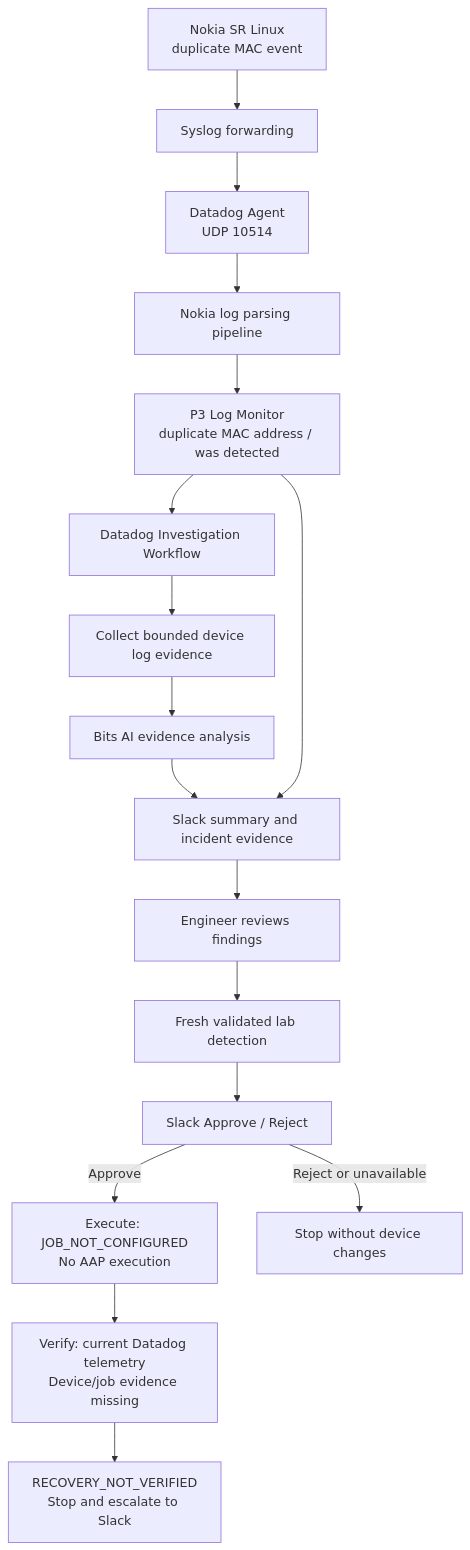
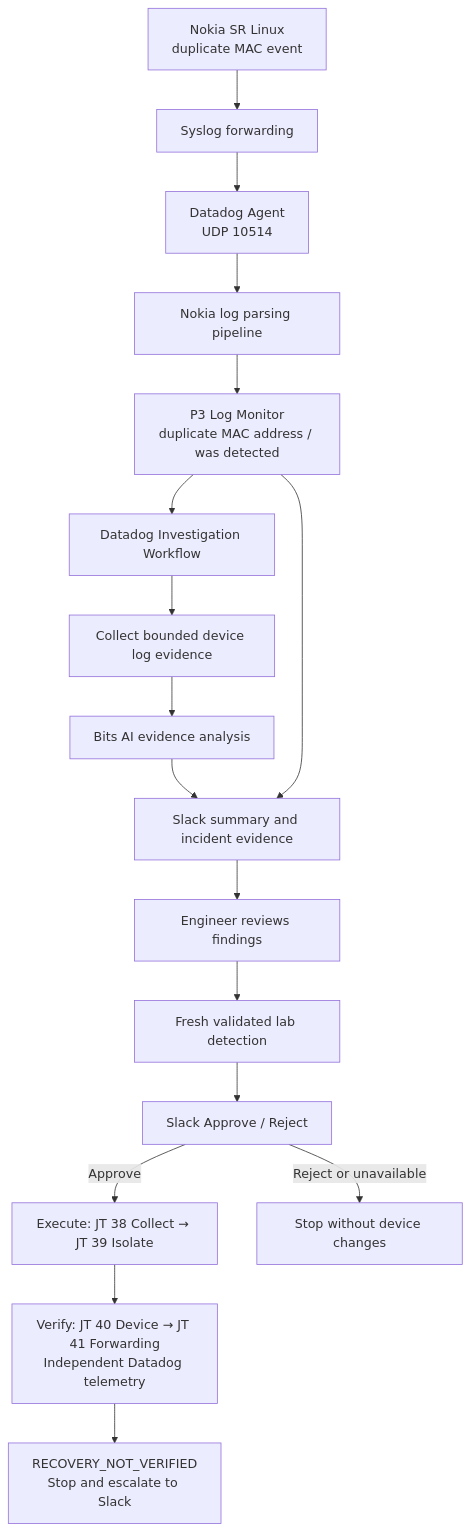
Before and after one commit to avecenabasuni/mac-flapping-aiops: the second of 3 diagrams in README.md, drawn with Mermaid. The commit also changed other lines of this file and 11 other files, not shown here.

Commit message:
Publish fixed AAP recovery integration after Execute access verification

````diff
--- a/README.md
+++ b/README.md
@@ -50,19 +50,19 @@
 ```mermaid
 flowchart TD
     SW["Nokia SR Linux<br/>duplicate MAC event"] --> SYS["Syslog forwarding"]
     SYS --> AGENT["Datadog Agent<br/>UDP 10514"]
     AGENT --> PIPE["Nokia log parsing pipeline"]
     PIPE --> MON["P3 Log Monitor<br/>duplicate MAC address / was detected"]
     MON --> INVEST["Datadog Investigation Workflow"]
     INVEST --> FETCH["Collect bounded device log evidence"]
     FETCH --> AI["Bits AI evidence analysis"]
     AI --> SLACK["Slack summary and incident evidence"]
     MON --> SLACK
     SLACK --> HUMAN["Engineer reviews findings"]
     HUMAN --> GATE["Fresh validated lab detection"]
     GATE --> DECISION["Slack Approve / Reject"]
-    DECISION -->|Approve| PLACEHOLDER["Execute: JOB_NOT_CONFIGURED<br/>No AAP execution"]
-    PLACEHOLDER --> VERIFY["Verify: current Datadog telemetry<br/>Device/job evidence missing"]
+    DECISION -->|Approve| PLACEHOLDER["Execute: JT 38 Collect → JT 39 Isolate"]
+    PLACEHOLDER --> VERIFY["Verify: JT 40 Device → JT 41 Forwarding<br/>Independent Datadog telemetry"]
     VERIFY --> ESCALATE["RECOVERY_NOT_VERIFIED<br/>Stop and escalate to Slack"]
     DECISION -->|Reject or unavailable| STOP["Stop without device changes"]
 ```
````
